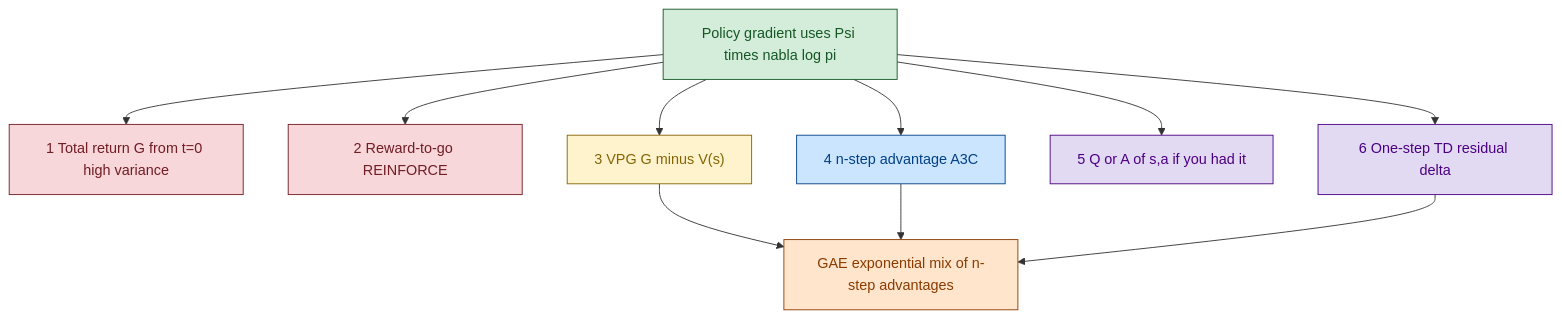
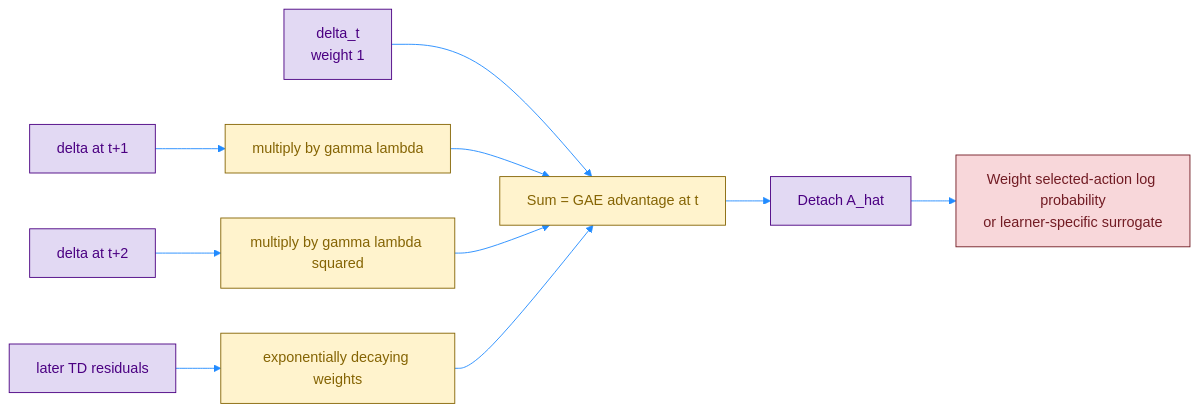
The second of 3 diagrams in Day81 RL python/02_Miguel Morales - Grokking Deep Reinforcement Learning/02_rl_with_dl/rom_photos/09_1_PB_GAE.md (Open-Source-Robotics-For-Myanmar/rl), drawn with Mermaid before and after one commit. The commit also changed other lines of this file and 5 other files, not shown here.

Commit message:
docs: organize paper and architecture notes in README

````diff
--- a/Day81 RL python/02_Miguel Morales - Grokking Deep Reinforcement Learning/02_rl_with_dl/rom_photos/09_1_PB_GAE.md
+++ b/Day81 RL python/02_Miguel Morales - Grokking Deep Reinforcement Learning/02_rl_with_dl/rom_photos/09_1_PB_GAE.md
@@ -118,29 +73,20 @@
 ```mermaid
-flowchart TD
-    G["Policy gradient uses Psi times nabla log pi"]:::policy
+%%{init: {'theme': 'base', 'themeVariables': { 'primaryColor': '#ffffff', 'lineColor': '#218bff'}}}%%
+flowchart LR
+    D0["delta_t<br/>weight 1"] --> SUM["Sum = GAE advantage at t"]
+    D1["delta at t+1"] --> W1["multiply by gamma lambda"]
+    D2["delta at t+2"] --> W2["multiply by gamma lambda squared"]
+    DN["later TD residuals"] --> WN["exponentially decaying weights"]
+    W1 --> SUM
+    W2 --> SUM
+    WN --> SUM
+    SUM --> SG["Detach A_hat"]
+    SG --> L["Weight selected-action log probability<br/>or learner-specific surrogate"]
 
-    E1["1 Total return G from t=0 high variance"]:::train
-    E2["2 Reward-to-go REINFORCE"]:::train
-    E3["3 VPG G minus V(s)"]:::sample
-    E4["4 n-step advantage A3C"]:::shared
-    E5["5 Q or A of s,a if you had it"]:::value
-    E6["6 One-step TD residual delta"]:::value
-    Mix["GAE exponential mix of n-step advantages"]:::extra
-
-    G --> E1
-    G --> E2
-    G --> E3
-    G --> E4
-    G --> E5
-    G --> E6
-    E3 --> Mix
-    E4 --> Mix
-    E6 --> Mix
-
-    classDef shared fill:#cce5ff,stroke:#004085,color:#004085
-    classDef policy fill:#d4edda,stroke:#155724,color:#155724
-    classDef sample fill:#fff3cd,stroke:#856404,color:#856404
-    classDef value fill:#e2d9f3,stroke:#4b0082,color:#4b0082
-    classDef train fill:#f8d7da,stroke:#721c24,color:#721c24
-    classDef extra fill:#ffe5cc,stroke:#8a3b00,color:#8a3b00
+    classDef target fill:#e2d9f3,stroke:#4b0082,stroke-width:1px,color:#4b0082;
+    classDef advantage fill:#fff3cd,stroke:#856404,stroke-width:1px,color:#856404;
+    classDef train fill:#f8d7da,stroke:#721c24,stroke-width:1px,color:#721c24;
+    class D0,D1,D2,DN,SG target;
+    class W1,W2,WN,SUM advantage;
+    class L train;
 ```
````
